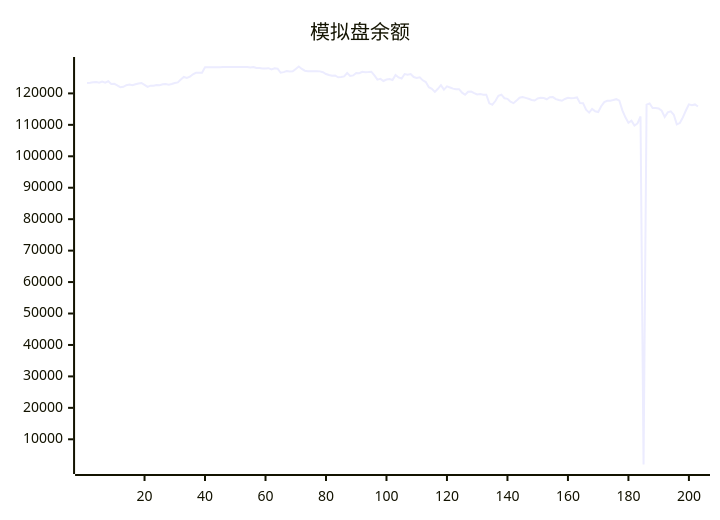
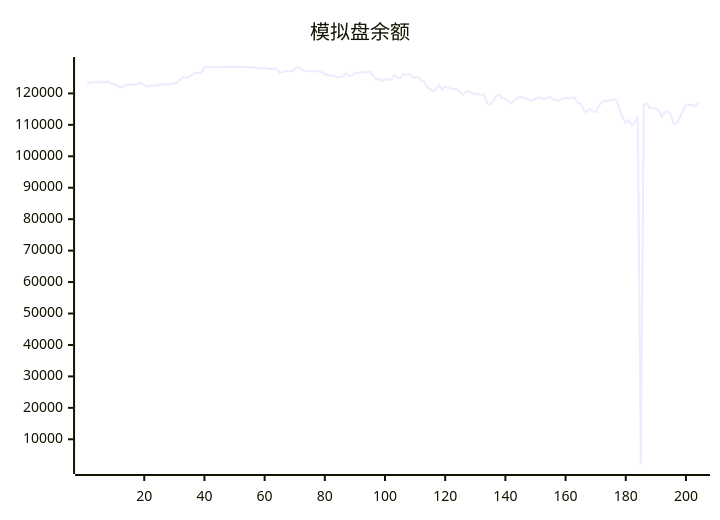
One commit to aahl/ai-trading changed the diagram in README.md. Above: the diagram before and after it, drawn with Mermaid. The commit also changed other lines of this file and 1 other file, not shown here.

````diff
--- a/README.md
+++ b/README.md
@@ -5,5 +5,5 @@
 ```mermaid
 xychart
     title "模拟盘余额"
-    line [123338,123402,123530,123592,123378,123745,123413,123853,123009,123040,122557,121938,122095,122599,122856,122597,122898,123160,123319,122719,122087,122454,122416,122685,122592,122907,122961,122776,122981,123295,123507,124403,125224,124894,125303,126088,126544,126534,126549,128335,128318,128318,128318,128318,128318,128424,128424,128424,128424,128424,128424,128424,128424,128424,128247,128412,128062,128087,127917,127901,128026,127611,128000,127850,126572,126770,127100,126971,127029,127783,128554,127765,127224,127064,127044,127009,127025,127004,126738,126152,125871,125635,125707,125117,125217,125420,126480,125545,125715,126511,126424,126856,126764,126788,126890,125710,124381,124632,123936,124402,124574,124256,125833,125070,124739,126154,125966,126145,125213,124943,125143,124157,123604,121959,121476,120476,121470,122610,121201,122221,121889,121522,121332,121344,120232,119559,120513,120577,120108,119680,119777,119572,119568,116839,116392,117573,119250,119585,118469,118277,117338,116897,117706,118628,118849,118579,118280,117926,117735,118373,118639,118544,118136,118798,118819,118162,117874,117649,118215,118601,118463,118517,118713,116911,116899,114798,113887,115084,114313,114091,115934,117221,117658,117658,117883,118164,117693,114632,112403,110644,111313,109777,110444,112673,1984,116419,116772,115355,115355,115198,114476,112510,113954,114276,113223,110151,110561,112361,114562,116522,116265,116500,115845]
+    line [123338,123402,123530,123592,123378,123745,123413,123853,123009,123040,122557,121938,122095,122599,122856,122597,122898,123160,123319,122719,122087,122454,122416,122685,122592,122907,122961,122776,122981,123295,123507,124403,125224,124894,125303,126088,126544,126534,126549,128335,128318,128318,128318,128318,128318,128424,128424,128424,128424,128424,128424,128424,128424,128424,128247,128412,128062,128087,127917,127901,128026,127611,128000,127850,126572,126770,127100,126971,127029,127783,128554,127765,127224,127064,127044,127009,127025,127004,126738,126152,125871,125635,125707,125117,125217,125420,126480,125545,125715,126511,126424,126856,126764,126788,126890,125710,124381,124632,123936,124402,124574,124256,125833,125070,124739,126154,125966,126145,125213,124943,125143,124157,123604,121959,121476,120476,121470,122610,121201,122221,121889,121522,121332,121344,120232,119559,120513,120577,120108,119680,119777,119572,119568,116839,116392,117573,119250,119585,118469,118277,117338,116897,117706,118628,118849,118579,118280,117926,117735,118373,118639,118544,118136,118798,118819,118162,117874,117649,118215,118601,118463,118517,118713,116911,116899,114798,113887,115084,114313,114091,115934,117221,117658,117658,117883,118164,117693,114632,112403,110644,111313,109777,110444,112673,1984,116419,116772,115355,115355,115198,114476,112510,113954,114276,113223,110151,110561,112361,114562,116522,116265,116500,115845,117000]
 ```
````
